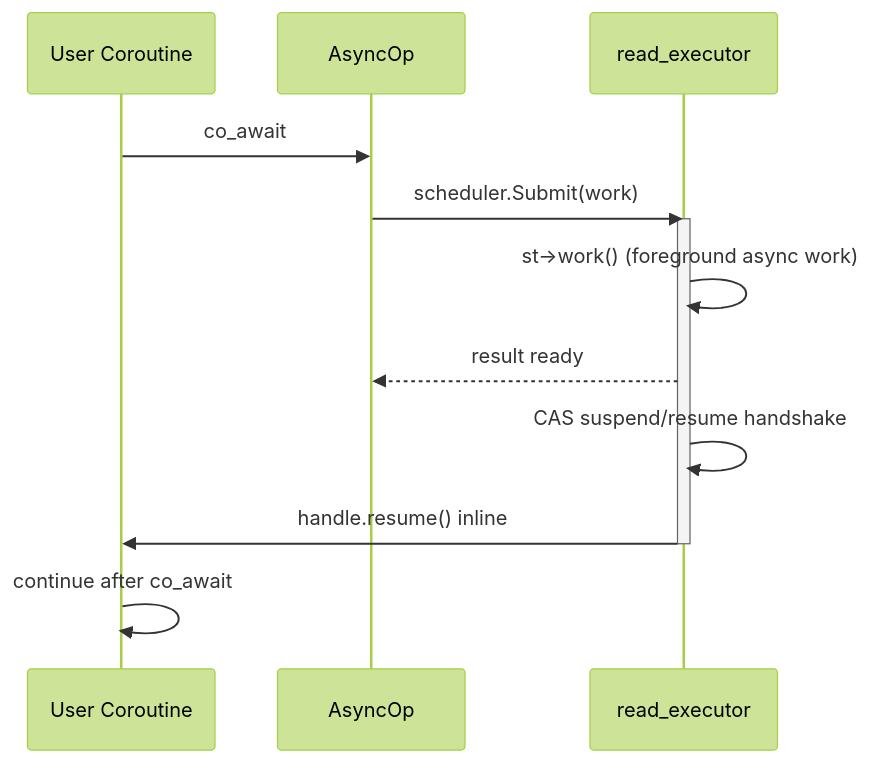
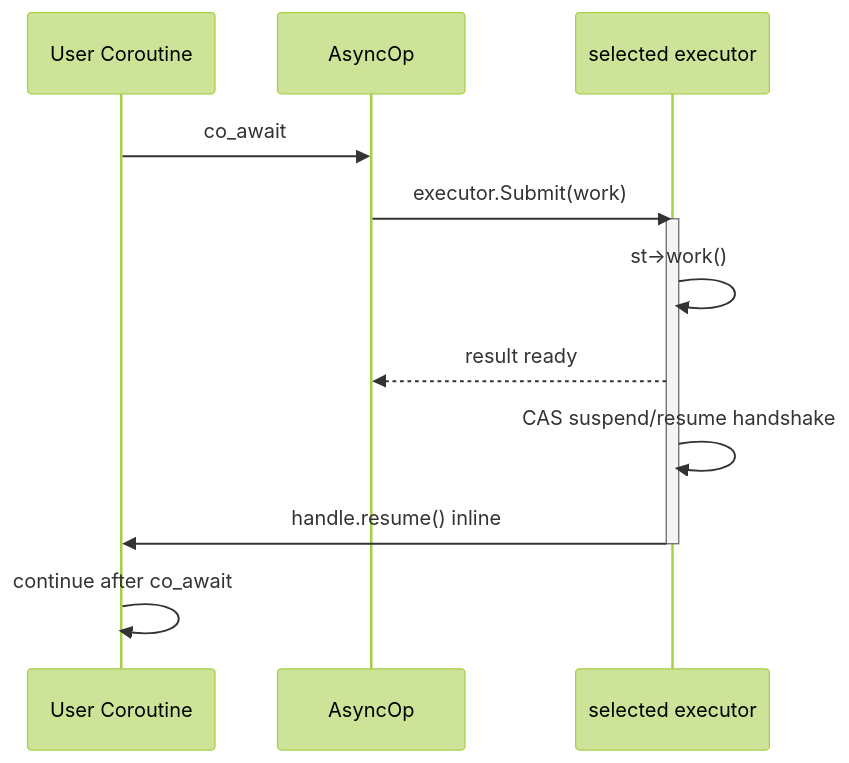
The second of 5 diagrams in docs/coroutine_api_design.md (puji4810/Prism), drawn with Mermaid (forest theme) before and after one commit. The commit also changed other lines of this file and 84 other files, not shown here.

````diff
--- a/docs/coroutine_api_design.md
+++ b/docs/coroutine_api_design.md
@@ -55,16 +63,16 @@
 ```mermaid
 sequenceDiagram
     participant UC as User Coroutine
     participant AOp as AsyncOp
-    participant READ as read_executor
+    participant EXEC as selected executor
 
     UC->>AOp: co_await
-    AOp->>READ: scheduler.Submit(work)
-    activate READ
-    READ->>READ: st->work()  (foreground async work)
-    READ-->>AOp: result ready
-    READ->>READ: CAS suspend/resume handshake
-    READ->>UC: handle.resume() inline
-    deactivate READ
+    AOp->>EXEC: executor.Submit(work)
+    activate EXEC
+    EXEC->>EXEC: st->work()
+    EXEC-->>AOp: result ready
+    EXEC->>EXEC: CAS suspend/resume handshake
+    EXEC->>UC: handle.resume() inline
+    deactivate EXEC
     UC->>UC: continue after co_await
 ```
````
